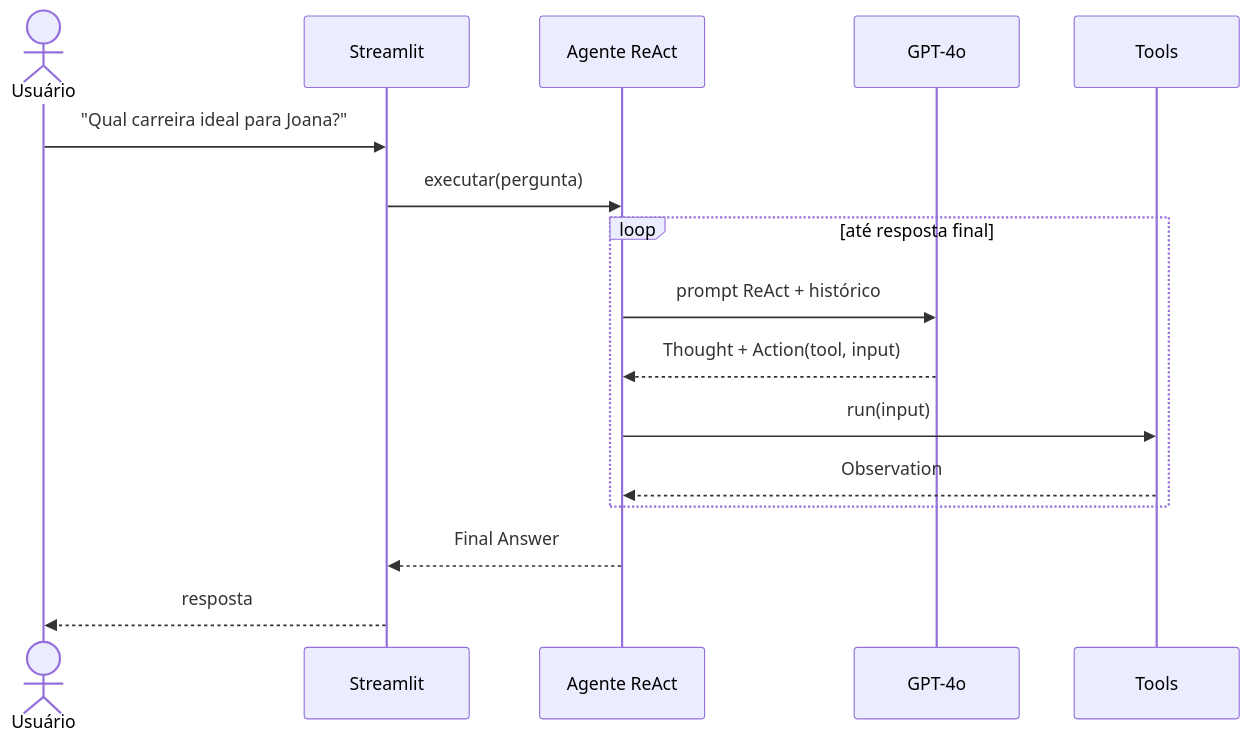
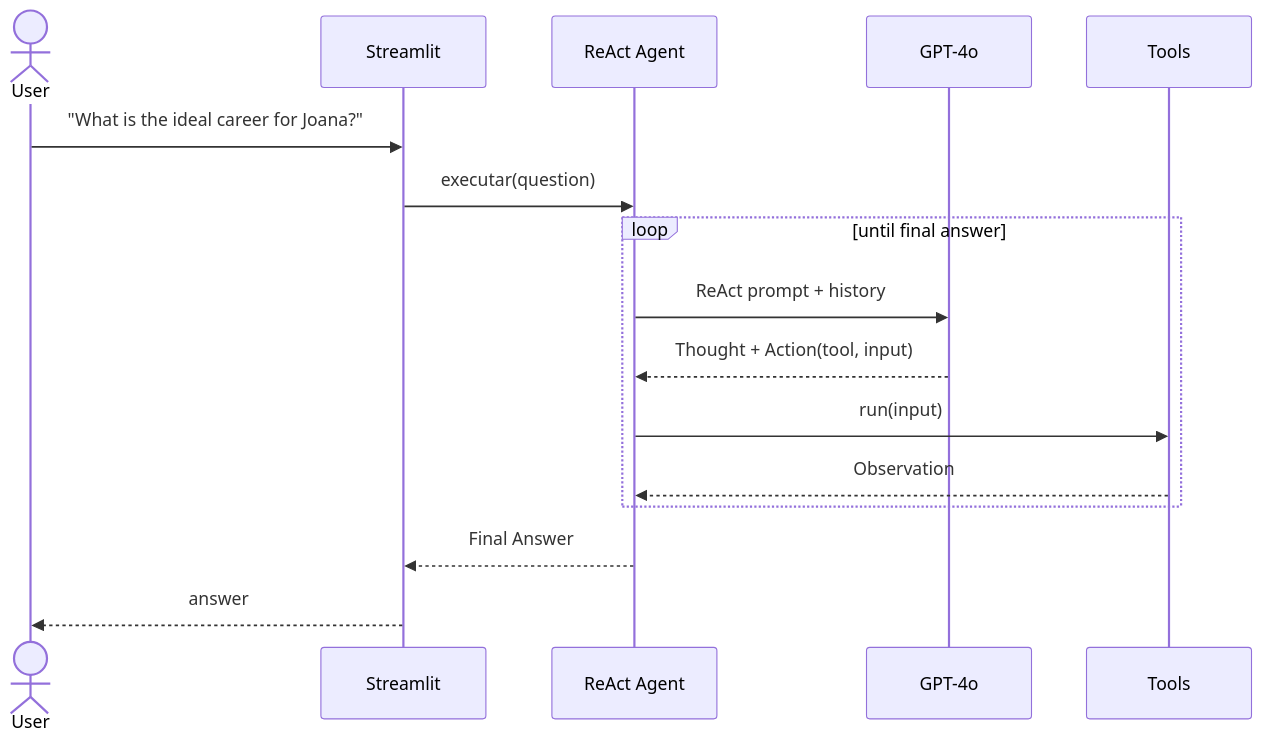
The third of 3 diagrams in readme.md (dgmodesto/career-advisor-multi-agent), drawn with Mermaid before and after one commit. The commit also changed other lines of this file, not shown here.

````diff
--- a/readme.md
+++ b/readme.md
@@ -35,18 +35,18 @@
 ```mermaid
 sequenceDiagram
-    actor U as Usuário
+    actor U as User
     participant UI as Streamlit
-    participant A as Agente ReAct
+    participant A as ReAct Agent
     participant L as GPT-4o
     participant T as Tools
-    U->>UI: "Qual carreira ideal para Joana?"
-    UI->>A: executar(pergunta)
-    loop até resposta final
-        A->>L: prompt ReAct + histórico
+    U->>UI: "What is the ideal career for Joana?"
+    UI->>A: executar(question)
+    loop until final answer
+        A->>L: ReAct prompt + history
         L-->>A: Thought + Action(tool, input)
         A->>T: run(input)
         T-->>A: Observation
     end
     A-->>UI: Final Answer
-    UI-->>U: resposta
+    UI-->>U: answer
 ```
````
